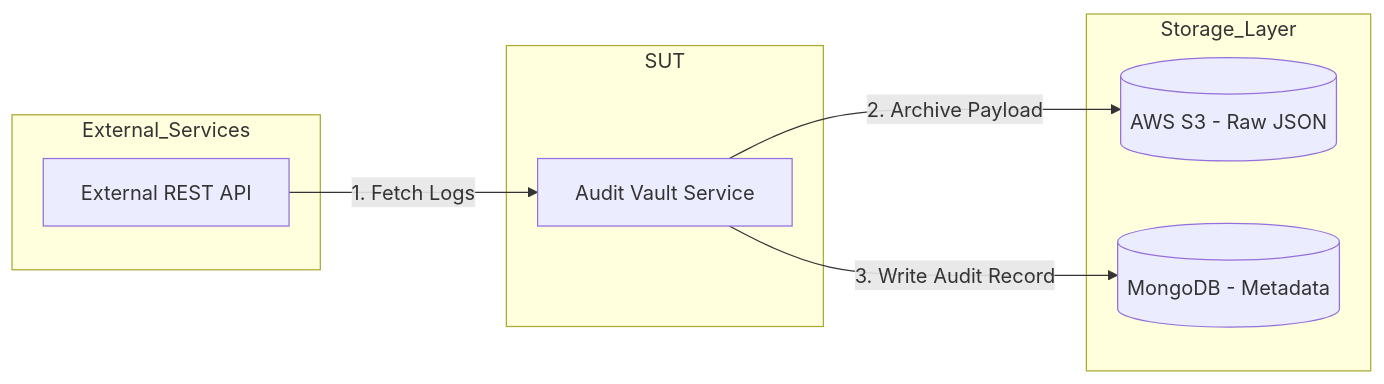
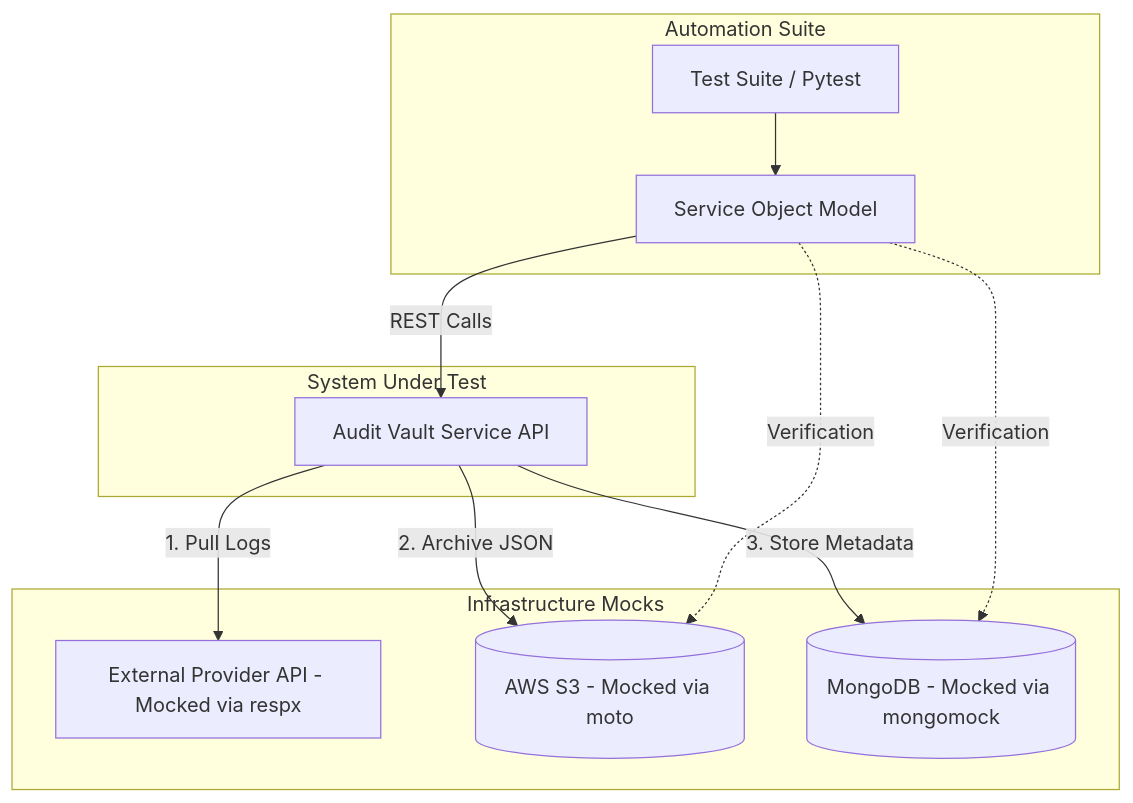
One commit to erezn5/automation-lead-ha changed the diagram in README.md. Above: the diagram before and after it, drawn with Mermaid. The commit also changed other lines of this file, not shown here.

````diff
--- a/README.md
+++ b/README.md
@@ -31,19 +71,28 @@
 ```mermaid
-graph LR
-    subgraph External_Services
-        API[External REST API]
+graph TD
+    subgraph Automation_Framework [Automation Suite]
+        TS[Test Suite / Pytest]
+        SOM[Service Object Model]
     end
 
-    subgraph System_Under_Test [SUT]
-        Service[Audit Vault Service]
+    subgraph SUT_Layer [System Under Test]
+        SUT[Audit Vault Service API]
     end
 
-    subgraph Storage_Layer
-        S3[(AWS S3 - Raw JSON)]
-        DB[(MongoDB - Metadata)]
+    subgraph Mocked_Infrastructure [Infrastructure Mocks]
+        EXT_API[External Provider API - Mocked via respx]
+        S3[(AWS S3 - Mocked via moto)]
+        DB[(MongoDB - Mocked via mongomock)]
     end
 
-    API -- 1. Fetch Logs --> Service
-    Service -- 2. Archive Payload --> S3
-    Service -- 3. Write Audit Record --> DB
+    TS --> SOM
+    SOM -- REST Calls --> SUT
+    
+    SUT -- 1. Pull Logs --> EXT_API
+    SUT -- 2. Archive JSON --> S3
+    SUT -- 3. Store Metadata --> DB
+    
+    SOM -.->|Verification| S3
+    SOM -.->|Verification| DB
+
 ```
````
